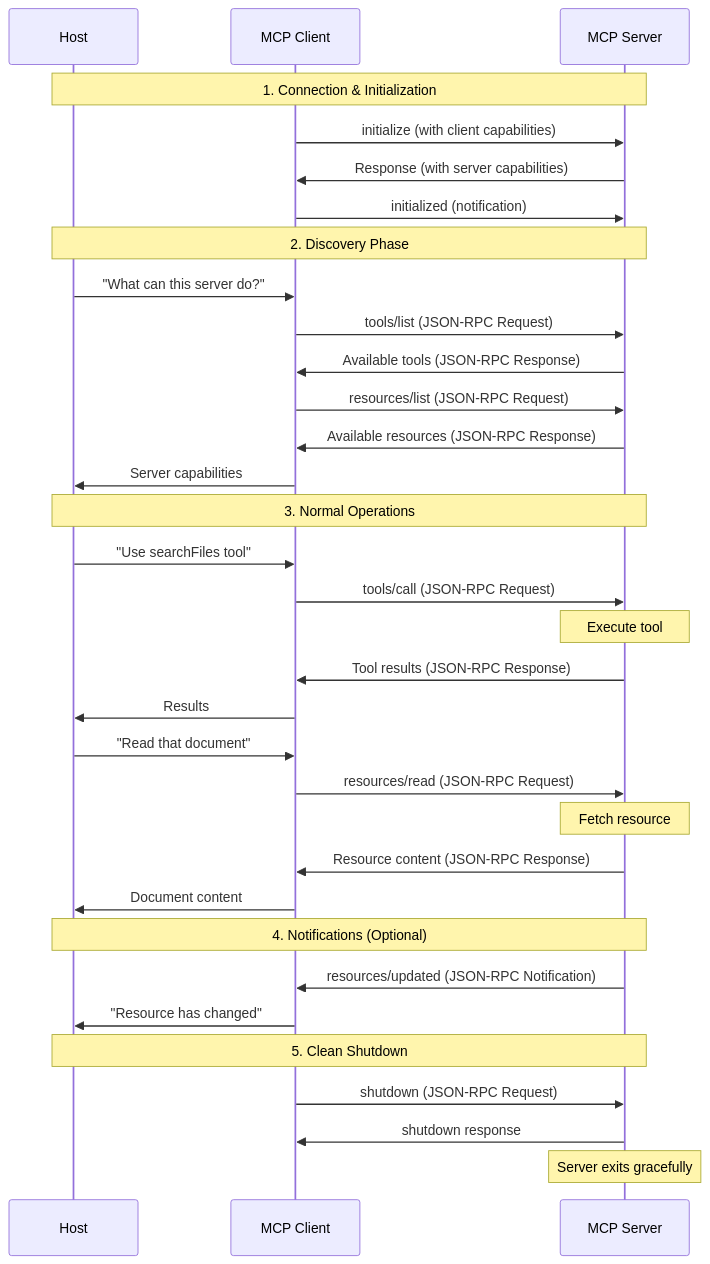
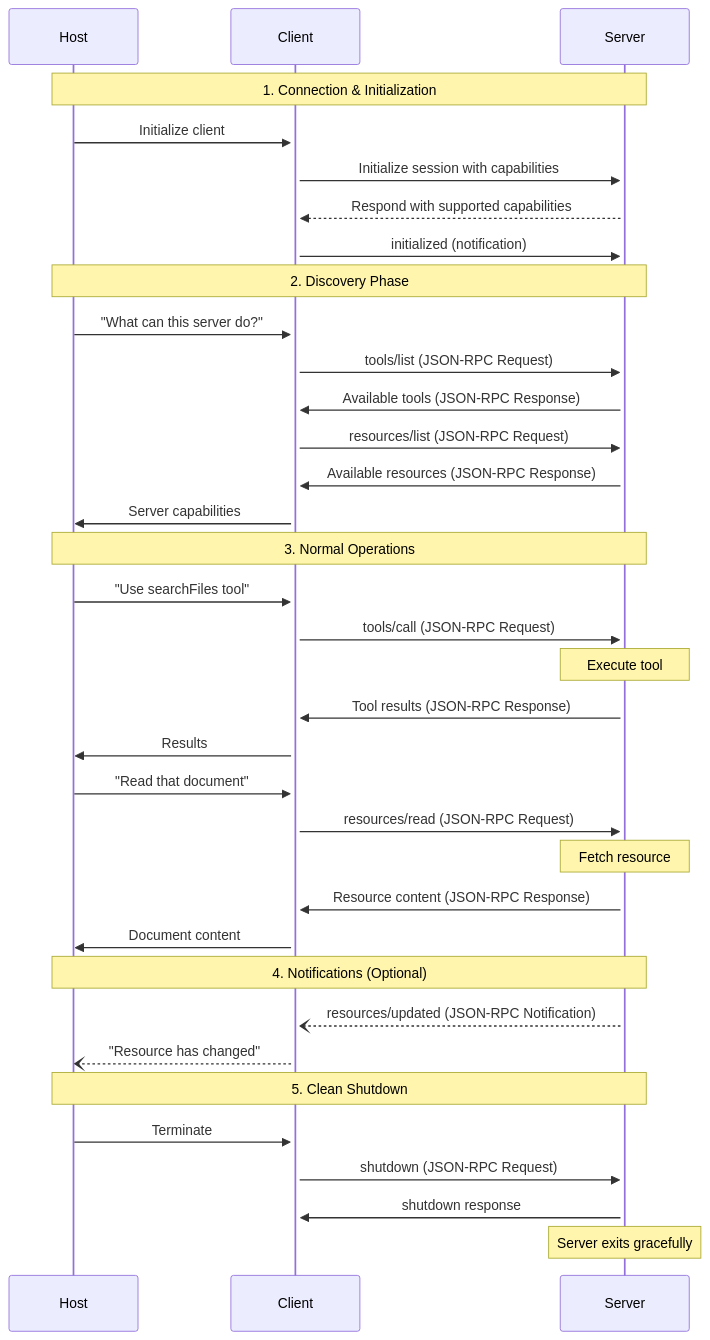
The ninth of 10 diagrams in concept-deep-dive/README.md (balupeddireddy08/Model_Context_Protocol_for_AI), drawn with Mermaid before and after one commit. The commit also changed other lines of this file, not shown here.

Commit message:
Optimize MCP guide for clarity and coherence

````diff
--- a/concept-deep-dive/README.md
+++ b/concept-deep-dive/README.md
@@ -261,41 +339,43 @@
 ```mermaid
 sequenceDiagram
     participant H as Host
-    participant C as MCP Client
-    participant S as MCP Server
-    
+    participant C as Client
+    participant S as Server
+
     Note over H,S: 1. Connection & Initialization
-    C->>S: initialize (with client capabilities)
-    S->>C: Response (with server capabilities)
+    H->>+C: Initialize client
+    C->>+S: Initialize session with capabilities
+    S-->>C: Respond with supported capabilities
     C->>S: initialized (notification)
     
     Note over H,S: 2. Discovery Phase
     H->>C: "What can this server do?"
     C->>S: tools/list (JSON-RPC Request)
     S->>C: Available tools (JSON-RPC Response)
     C->>S: resources/list (JSON-RPC Request)
     S->>C: Available resources (JSON-RPC Response)
     C->>H: Server capabilities
     
     Note over H,S: 3. Normal Operations
     H->>C: "Use searchFiles tool"
     C->>S: tools/call (JSON-RPC Request)
     Note over S: Execute tool
     S->>C: Tool results (JSON-RPC Response)
     C->>H: Results
     
     H->>C: "Read that document"
     C->>S: resources/read (JSON-RPC Request)
     Note over S: Fetch resource
     S->>C: Resource content (JSON-RPC Response)
     C->>H: Document content
     
     Note over H,S: 4. Notifications (Optional)
-    S->>C: resources/updated (JSON-RPC Notification)
-    C->>H: "Resource has changed"
+    S--)C: resources/updated (JSON-RPC Notification)
+    C--)H: "Resource has changed"
     
     Note over H,S: 5. Clean Shutdown
+    H->>C: Terminate
     C->>S: shutdown (JSON-RPC Request)
     S->>C: shutdown response
     Note over S: Server exits gracefully
 ```
````
